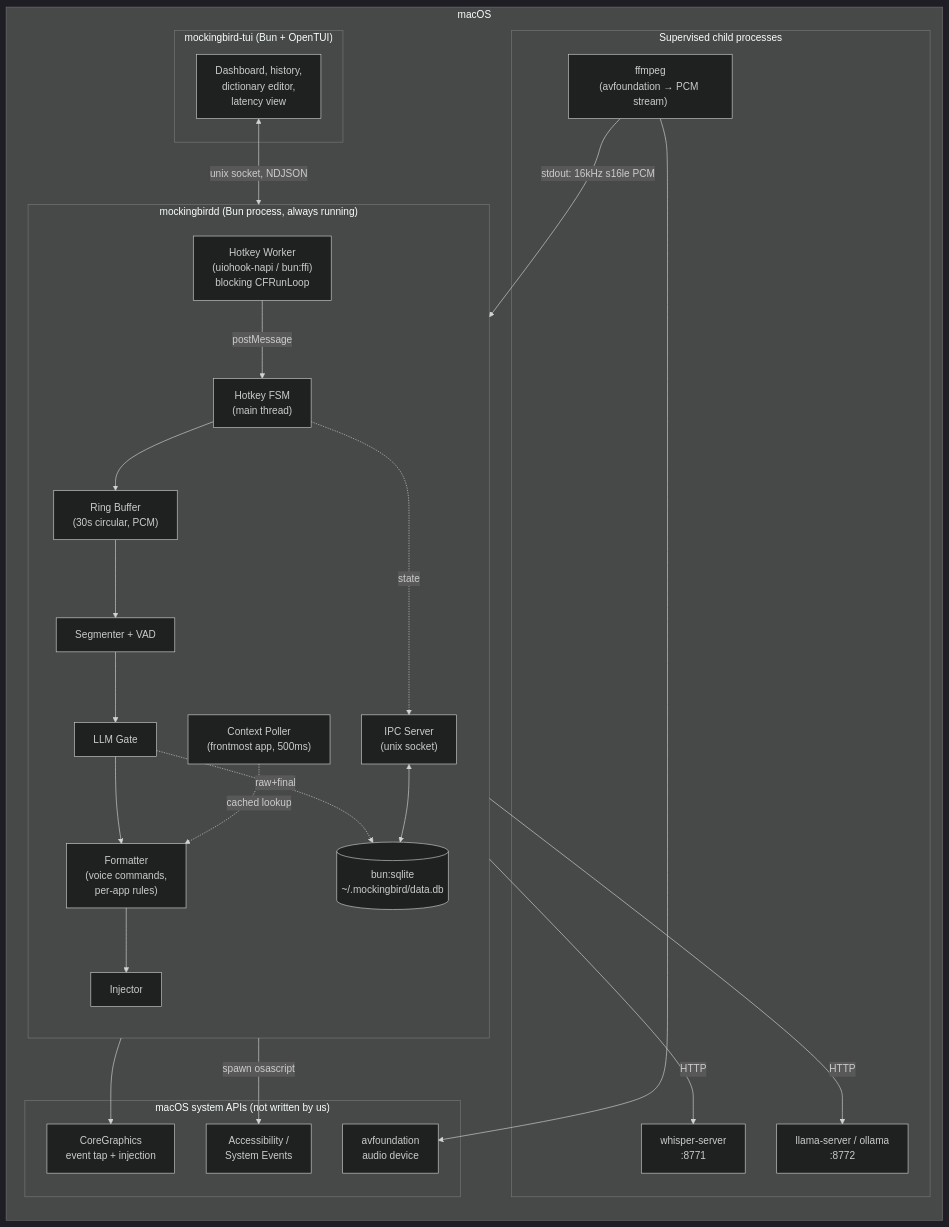
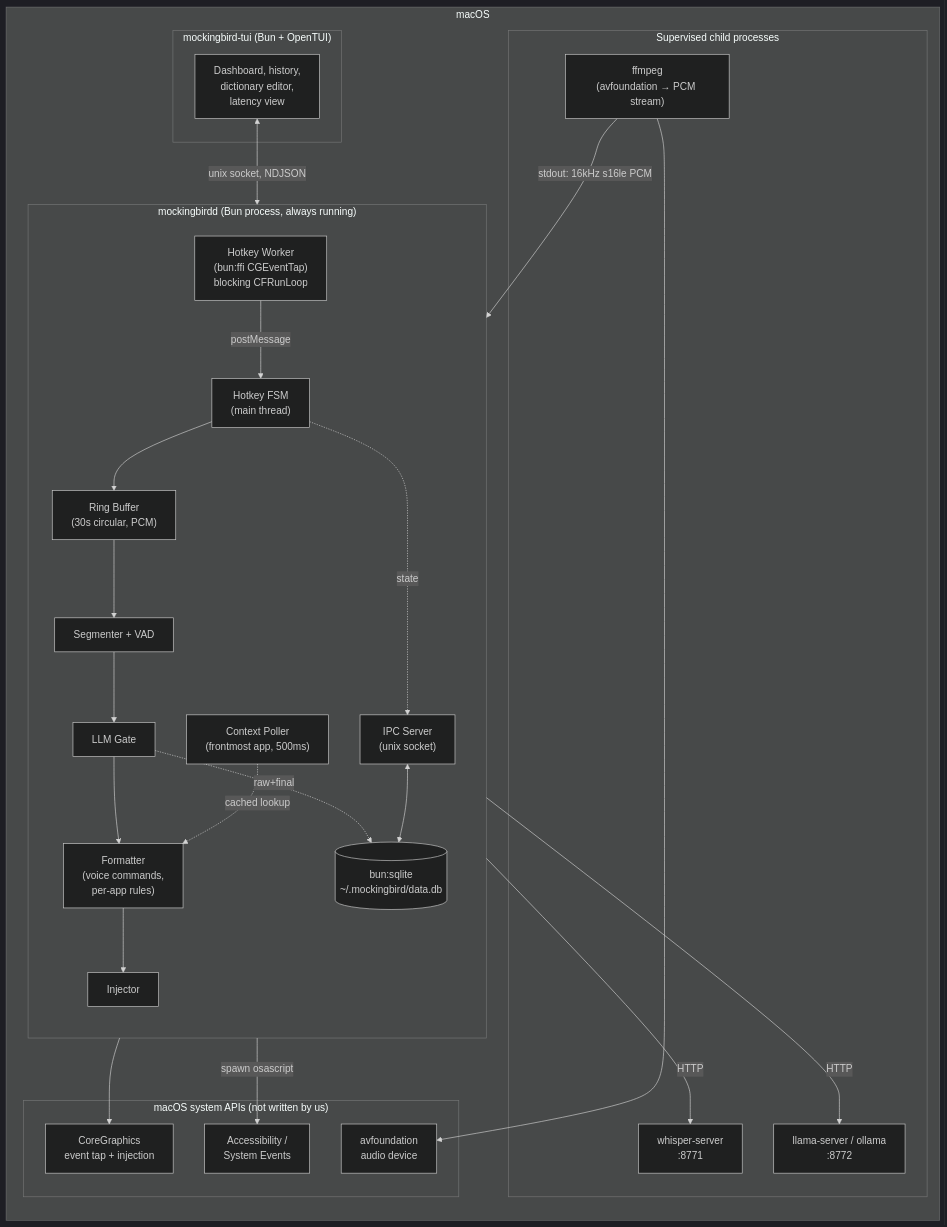
Before and after one commit to NirjharBhattacharjee/mockingbird: the first of 8 diagrams in docs/ARCHITECTURE.md, drawn with Mermaid (dark theme). The commit also changed other lines of this file and 16 other files, not shown here.

````diff
--- a/docs/ARCHITECTURE.md
+++ b/docs/ARCHITECTURE.md
@@ -114,55 +115,55 @@
 ```mermaid
 flowchart TB
     subgraph OS["macOS"]
         direction TB
 
         subgraph Daemon["mockingbirdd (Bun process, always running)"]
             direction TB
-            HKW["Hotkey Worker\n(uiohook-napi / bun:ffi)\nblocking CFRunLoop"]
+            HKW["Hotkey Worker\n(bun:ffi CGEventTap)\nblocking CFRunLoop"]
             FSM["Hotkey FSM\n(main thread)"]
             RB["Ring Buffer\n(30s circular, PCM)"]
             SEG["Segmenter + VAD"]
             GATE["LLM Gate"]
             FMT["Formatter\n(voice commands,\nper-app rules)"]
             INJ["Injector"]
             CTX["Context Poller\n(frontmost app, 500ms)"]
             IPC["IPC Server\n(unix socket)"]
             DB[("bun:sqlite\n~/.mockingbird/data.db")]
 
             HKW -->|postMessage| FSM
             FSM --> RB
             RB --> SEG
             SEG --> GATE
             GATE --> FMT
             FMT --> INJ
             CTX -.cached lookup.-> FMT
             FSM -.state.-> IPC
             GATE -.raw+final.-> DB
             IPC <--> DB
         end
 
         subgraph Children["Supervised child processes"]
             FFMPEG["ffmpeg\n(avfoundation → PCM stream)"]
             WHISPER["whisper-server\n:8771"]
             LLM["llama-server / ollama\n:8772"]
         end
 
         subgraph TUIProc["mockingbird-tui (Bun + OpenTUI)"]
             TUI["Dashboard, history,\ndictionary editor,\nlatency view"]
         end
 
         subgraph SystemAPIs["macOS system APIs (not written by us)"]
             CG["CoreGraphics\nevent tap + injection"]
             AV["avfoundation\naudio device"]
             AXAPI["Accessibility /\nSystem Events"]
         end
 
         FFMPEG -->|stdout: 16kHz s16le PCM| RB
         SEG -->|HTTP| WHISPER
         GATE -->|HTTP| LLM
         INJ -->|spawn osascript| AXAPI
         HKW --> CG
         FFMPEG --> AV
         TUI <-->|unix socket, NDJSON| IPC
     end
 ```
````
